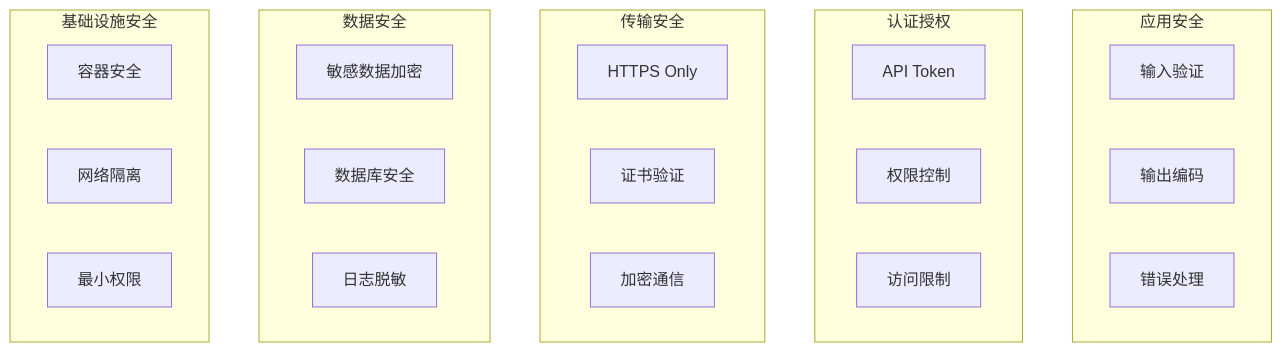
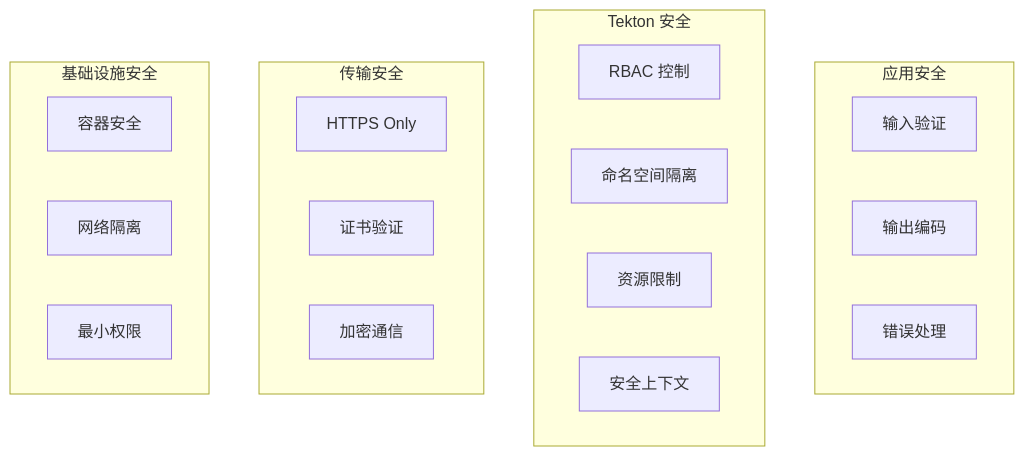
One commit to johnnynv/RepoSentry changed the sixth of 7 diagrams in docs/zh/architecture.md. Above: the diagram before and after it, drawn with Mermaid. The commit also changed other lines of this file and 53 other files, not shown here.

````diff
--- a/docs/zh/architecture.md
+++ b/docs/zh/architecture.md
@@ -463,32 +363,27 @@
 ```mermaid
 graph TB
     subgraph "应用安全"
         A1[输入验证]
         A2[输出编码]
         A3[错误处理]
     end
     
-    subgraph "认证授权"
-        B1[API Token]
-        B2[权限控制]
-        B3[访问限制]
+    subgraph "Tekton 安全"
+        B1[RBAC 控制]
+        B2[命名空间隔离]
+        B3[资源限制]
+        B4[安全上下文]
     end
     
     subgraph "传输安全"
         C1[HTTPS Only]
         C2[证书验证]
         C3[加密通信]
     end
     
-    subgraph "数据安全"
-        D1[敏感数据加密]
-        D2[数据库安全]
-        D3[日志脱敏]
-    end
-    
     subgraph "基础设施安全"
-        E1[容器安全]
-        E2[网络隔离]
-        E3[最小权限]
+        D1[容器安全]
+        D2[网络隔离]
+        D3[最小权限]
     end
 ```
````
